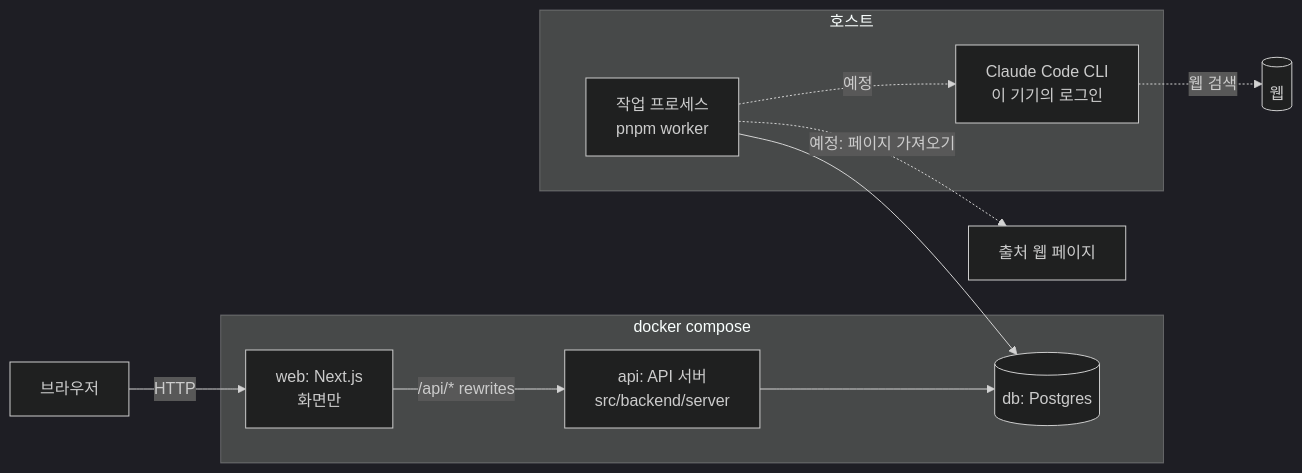
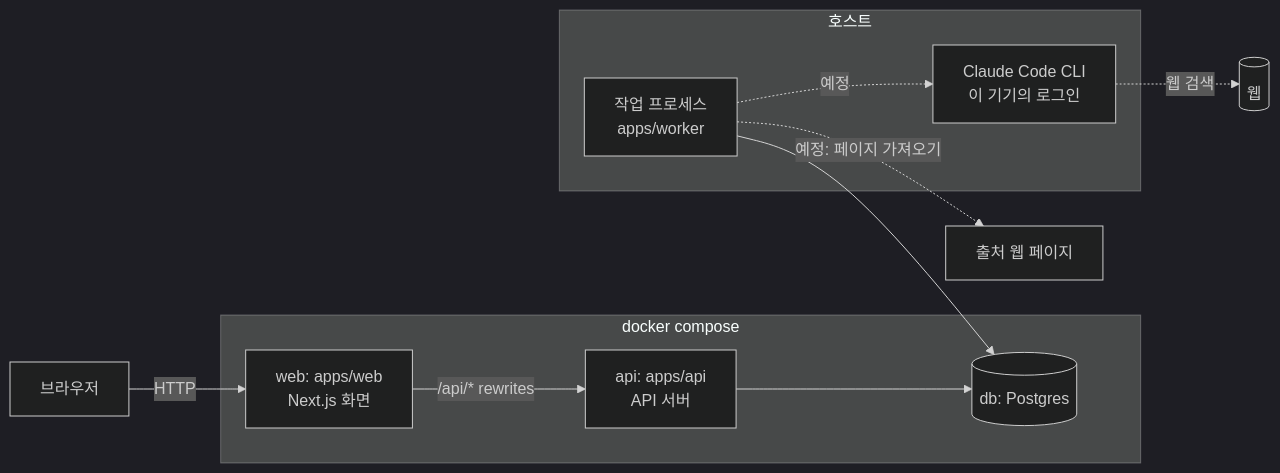
The first of 5 diagrams in docs/architecture.md (Changsik00/inkle), drawn with Mermaid (dark theme) before and after one commit. The commit also changed other lines of this file and 204 other files, not shown here.

````diff
--- a/docs/architecture.md
+++ b/docs/architecture.md
@@ -9,19 +9,19 @@
 ```mermaid
 flowchart LR
     B[브라우저] -->|HTTP| WEB
     subgraph compose[docker compose]
-        WEB[web: Next.js<br/>화면만]
-        API[api: API 서버<br/>src/backend/server]
+        WEB[web: apps/web<br/>Next.js 화면]
+        API[api: apps/api<br/>API 서버]
         DB[(db: Postgres)]
     end
     subgraph host[호스트]
-        WK[작업 프로세스<br/>pnpm worker]
+        WK[작업 프로세스<br/>apps/worker]
         CLI[Claude Code CLI<br/>이 기기의 로그인]
     end
     WEB -->|/api/* rewrites| API
     API --> DB
     WK --> DB
     WK -.->|예정| CLI
     WK -.->|예정: 페이지 가져오기| EXT[출처 웹 페이지]
     CLI -.->|웹 검색| NET[(웹)]
 ```
````
